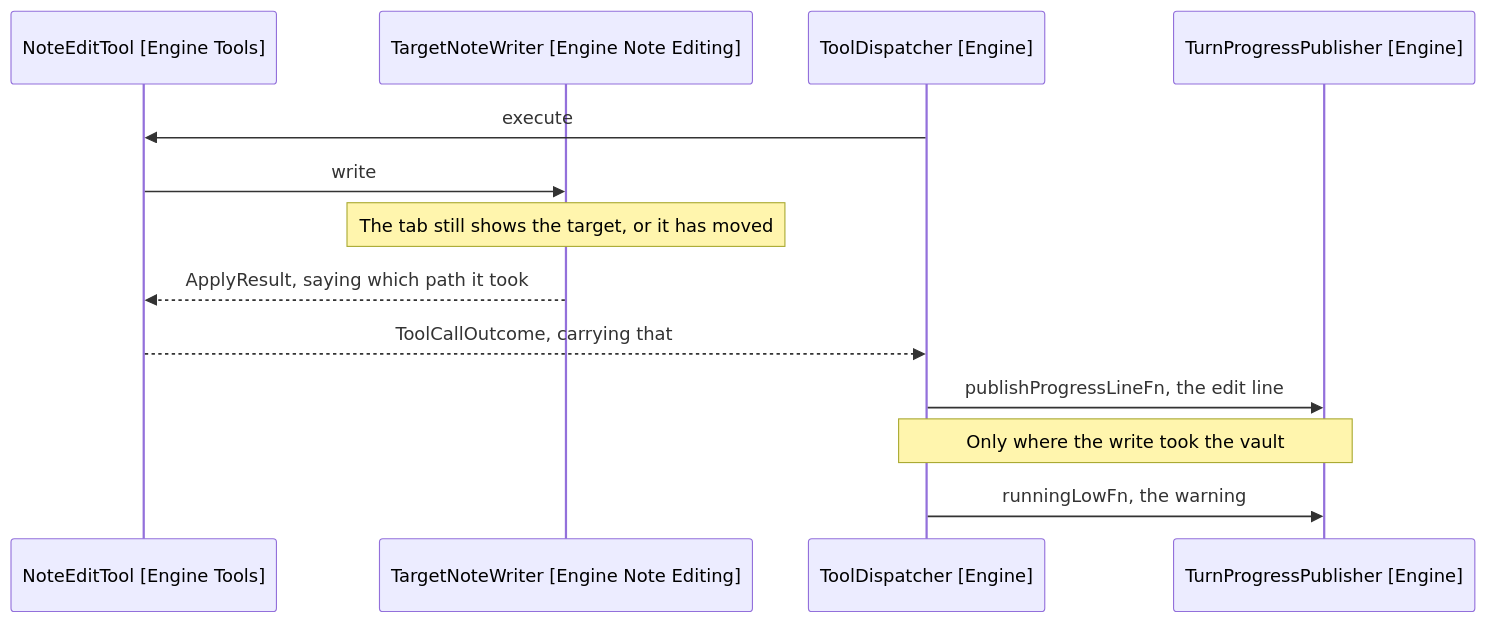
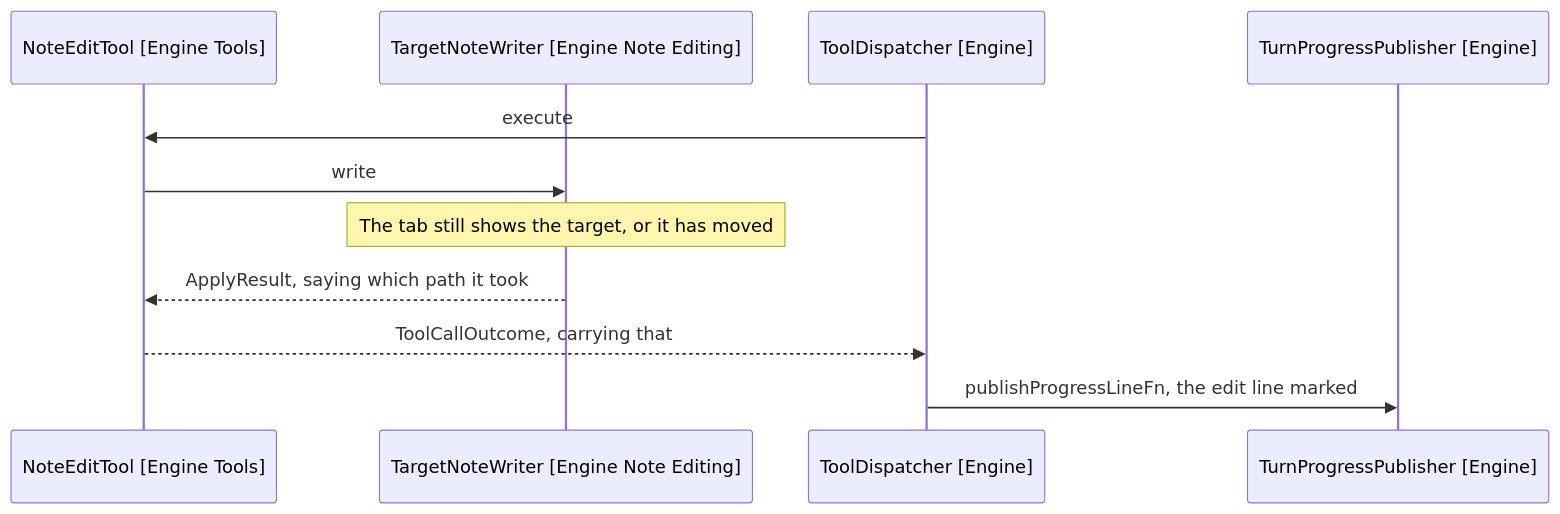
One commit to iparips/obsidian-tyto changed the diagram in docs/spec/2-active/2026-09-17-naming-what-a-turn-touched/6-design-the-warning.md. Above: the diagram before and after it, drawn with Mermaid. The commit also changed other lines of this file and 30 other files, not shown here.

````diff
--- a/docs/spec/2-active/2026-09-17-naming-what-a-turn-touched/6-design-the-warning.md
+++ b/docs/spec/2-active/2026-09-17-naming-what-a-turn-touched/6-design-the-warning.md
@@ -16,16 +16,14 @@
 ```mermaid
 sequenceDiagram
     participant Tool as NoteEditTool [Engine Tools]
     participant Writer as TargetNoteWriter [Engine Note Editing]
     participant Dispatcher as ToolDispatcher [Engine]
     participant Publisher as TurnProgressPublisher [Engine]
 
     Dispatcher->>Tool: execute
     Tool->>Writer: write
     Note over Writer: The tab still shows the target, or it has moved
     Writer-->>Tool: ApplyResult, saying which path it took
     Tool-->>Dispatcher: ToolCallOutcome, carrying that
-    Dispatcher->>Publisher: publishProgressLineFn, the edit line
-    Note over Dispatcher,Publisher: Only where the write took the vault
-    Dispatcher->>Publisher: runningLowFn, the warning
+    Dispatcher->>Publisher: publishProgressLineFn, the edit line marked
 ```
````
